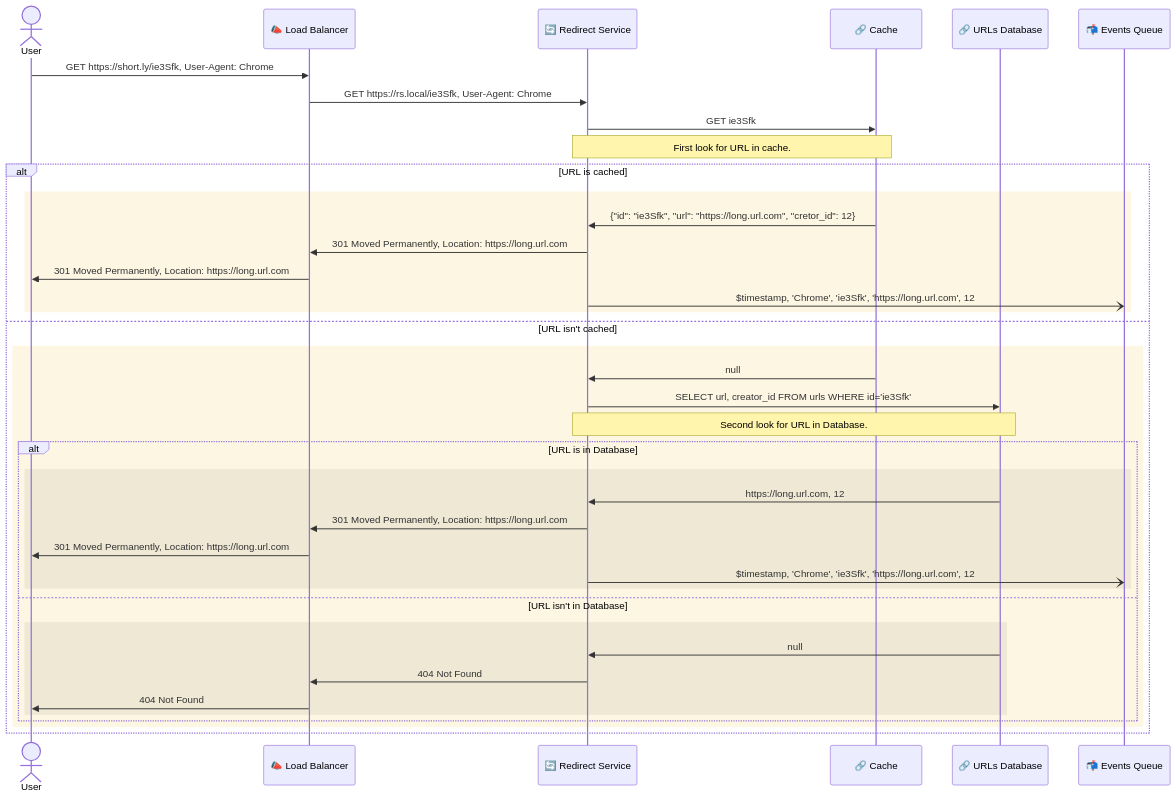
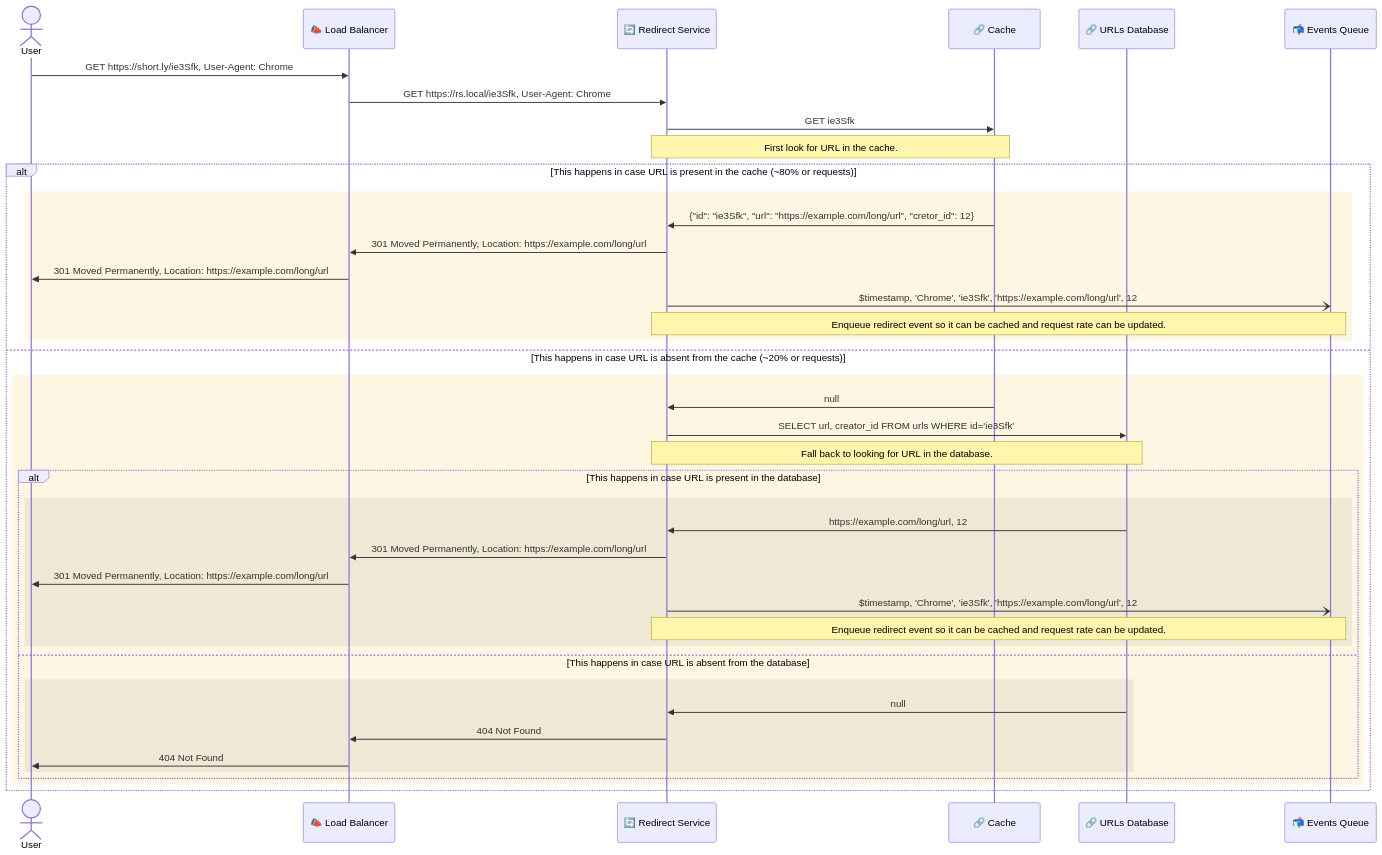
Before and after one commit to Antolius/deployments-and-disasters: the diagram in content/scenarios/redirect-dev.md, drawn with Mermaid. The commit also changed other lines of this file and 7 other files, not shown here.

```diff
--- a/content/scenarios/redirect-dev.md
+++ b/content/scenarios/redirect-dev.md
@@ -24,41 +25,43 @@
 {{<mermaid>}}
 sequenceDiagram
   actor user as User
   participant lb as 📣️ Load Balancer
   participant rs as 🔄️ Redirect Service
   participant cache as 🔗️ Cache
   participant db as 🔗️ URLs Database
   participant queue as 📬️ Events Queue
   user->>lb: GET https://short.ly/ie3Sfk, User-Agent: Chrome
   lb->>rs: GET https://rs.local/ie3Sfk, User-Agent: Chrome
   rs->>cache: GET ie3Sfk
-  note over rs,cache: First look for URL in cache.
-  alt URL is cached
+  note over rs,cache: First look for URL in the cache.
+  alt This happens in case URL is present in the cache (~80% or requests)
       rect rgb(253, 246, 227)
-      cache->>rs: {"id": "ie3Sfk", "url": "https://long.url.com", "cretor_id": 12}
-      rs->>lb: 301 Moved Permanently, Location: https://long.url.com
-      lb->>user: 301 Moved Permanently, Location: https://long.url.com
-      rs-)queue: $timestamp, 'Chrome', 'ie3Sfk', 'https://long.url.com', 12
+      cache->>rs: {"id": "ie3Sfk", "url": "https://example.com/long/url", "cretor_id": 12}
+      rs->>lb: 301 Moved Permanently, Location: https://example.com/long/url
+      lb->>user: 301 Moved Permanently, Location: https://example.com/long/url
+      rs-)queue: $timestamp, 'Chrome', 'ie3Sfk', 'https://example.com/long/url', 12
+      note over rs,queue: Enqueue redirect event so it can be cached and request rate can be updated.
       end
-  else URL isn't cached
+  else This happens in case URL is absent from the cache (~20% or requests)
       rect rgb(253, 246, 227)
       cache->>rs: null
       rs->>db: SELECT url, creator_id FROM urls WHERE id='ie3Sfk'
-      note over rs,db: Second look for URL in Database.
-      alt URL is in Database
+      note over rs,db: Fall back to looking for URL in the database.
+      alt This happens in case URL is present in the database
           rect rgb(238, 232, 213)
-          db->>rs: https://long.url.com, 12
-          rs->>lb: 301 Moved Permanently, Location: https://long.url.com
-          lb->>user: 301 Moved Permanently, Location: https://long.url.com
-          rs-)queue: $timestamp, 'Chrome', 'ie3Sfk', 'https://long.url.com', 12
+          db->>rs: https://example.com/long/url, 12
+          rs->>lb: 301 Moved Permanently, Location: https://example.com/long/url
+          lb->>user: 301 Moved Permanently, Location: https://example.com/long/url
+          rs-)queue: $timestamp, 'Chrome', 'ie3Sfk', 'https://example.com/long/url', 12
+          note over rs,queue: Enqueue redirect event so it can be cached and request rate can be updated.
           end
-      else URL isn't in Database
+      else This happens in case URL is absent from the database
           rect rgb(238, 232, 213)
           db->>rs: null
           rs->>lb: 404 Not Found
           lb->>user: 404 Not Found
           end
       end
       end
   end
 {{</mermaid>}}
```
